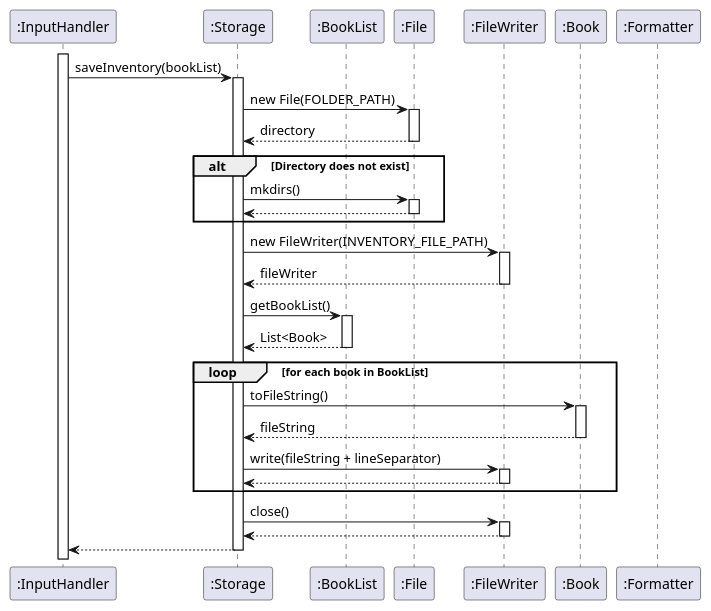
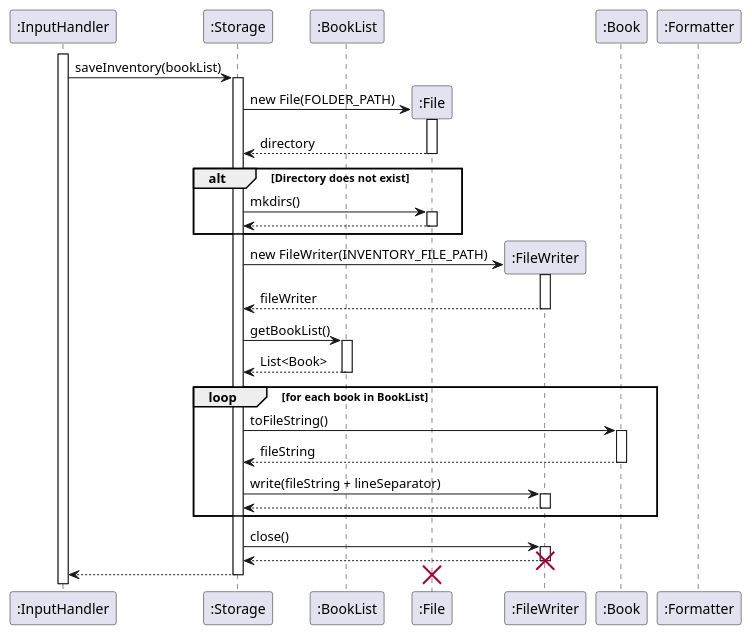
The diagram in docs/diagrams/saveInventory.puml (AY2425S2-CS2113-T12-2/tp), drawn with PlantUML before and after one commit. The commit also changed 1 other file, not shown here.

Commit message:
Fix instantiation and destroy File and FileWriter

```diff
--- a/docs/diagrams/saveInventory.puml
+++ b/docs/diagrams/saveInventory.puml
@@ -1,67 +1,70 @@
 @startuml
 
 participant InputHandler as ":InputHandler"
 participant Storage as ":Storage"
 participant BookList as ":BookList"
 participant File as ":File"
 participant FileWriter as ":FileWriter"
 participant Book as ":Book"
 participant Formatter as ":Formatter"
 
 activate InputHandler
 
 InputHandler -> Storage: saveInventory(bookList)
 activate Storage
 
 ' Check if directory exists
-Storage -> File: new File(FOLDER_PATH)
+Storage -> File ** : new File(FOLDER_PATH)
 activate File
 File --> Storage: directory
 deactivate File
 alt Directory does not exist
     Storage -> File: mkdirs()
     activate File
     File --> Storage: 
     deactivate File
 end
 
 deactivate File
 
 ' Create FileWriter for INVENTORY_FILE_PATH
-Storage -> FileWriter: new FileWriter(INVENTORY_FILE_PATH)
+Storage -> FileWriter ** : new FileWriter(INVENTORY_FILE_PATH)
 activate FileWriter
 
 
 
 FileWriter --> Storage: fileWriter
 deactivate FileWriter
 
 ' Retrieve list of books from BookList
 Storage -> BookList: getBookList()
 activate BookList
 BookList --> Storage: List<Book>
 deactivate BookList
 
 ' Loop through each Book and write its file string
 loop for each book in BookList
     Storage -> Book: toFileString()
     activate Book
     Book --> Storage: fileString
     deactivate Book
     Storage -> FileWriter: write(fileString + lineSeparator)
     activate FileWriter
     FileWriter --> Storage:
     deactivate FileWriter
 end
 
 ' Close the FileWriter
 Storage -> FileWriter: close()
 activate FileWriter
 
 FileWriter --> Storage
-deactivate FileWriter
+deactivate FileWriter 
 
-Storage --> InputHandler
+destroy FileWriter
+Storage --> InputHandler 
 deactivate Storage
 
+destroy File
+
 @enduml
```
